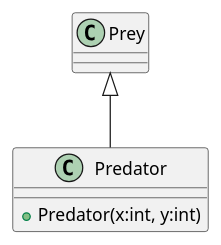
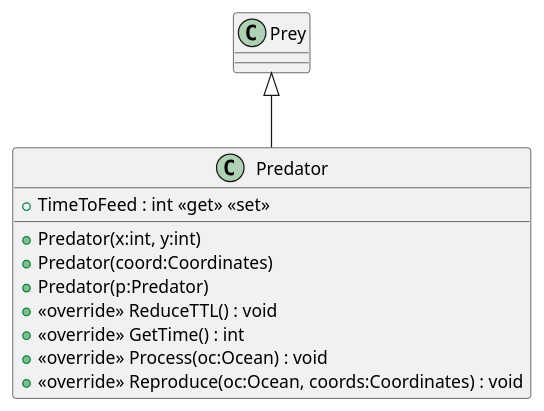
The diagram in plantuml/OceanLife/Predator.puml (19vano97/levelUpOOP), drawn with PlantUML before and after one commit. The commit also changed 33 other files, not shown here.

```diff
--- a/plantuml/OceanLife/Predator.puml
+++ b/plantuml/OceanLife/Predator.puml
@@ -1,6 +1,13 @@
 @startuml
 class Predator {
     + Predator(x:int, y:int)
+    + Predator(coord:Coordinates)
+    + Predator(p:Predator)
+    + TimeToFeed : int <<get>> <<set>>
+    + <<override>> ReduceTTL() : void
+    + <<override>> GetTime() : int
+    + <<override>> Process(oc:Ocean) : void
+    + <<override>> Reproduce(oc:Ocean, coords:Coordinates) : void
 }
 Prey <|-- Predator
 @enduml
```
